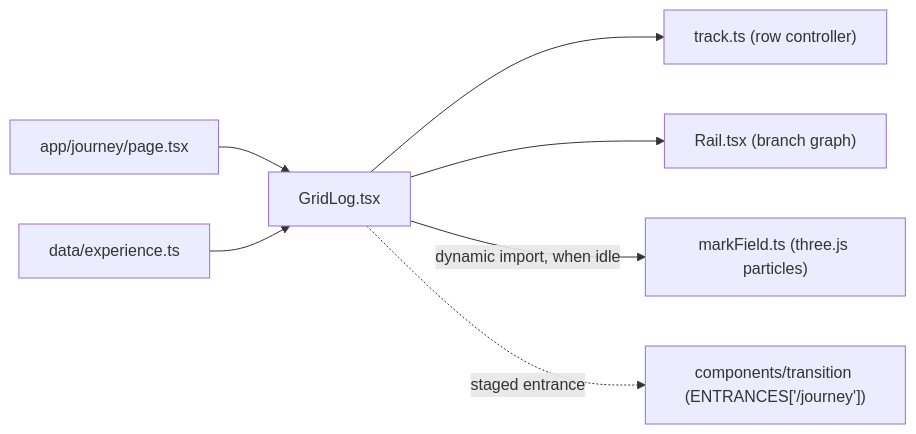
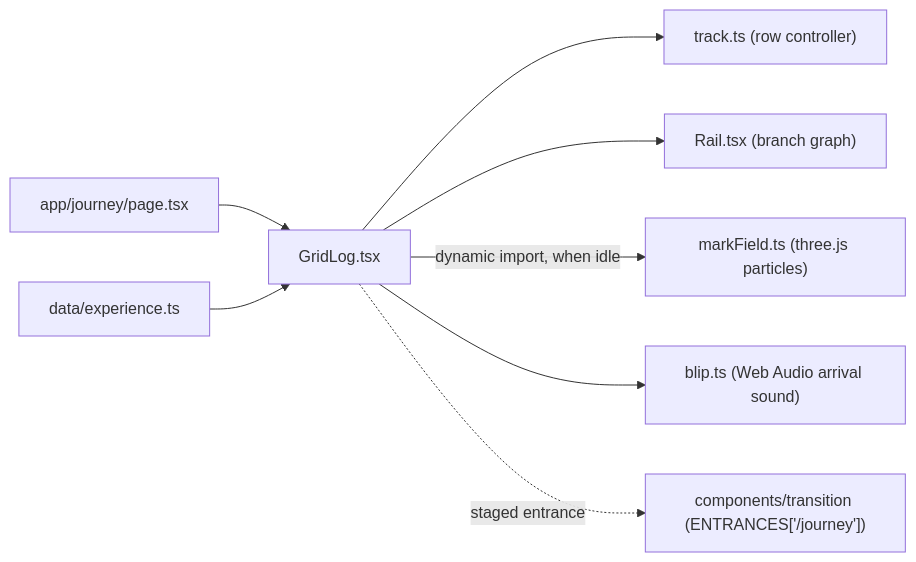
Before and after one commit to noowxela/portfolio: the diagram in docs/pages/journey-gridlog.md, drawn with Mermaid. The commit also changed other lines of this file and 11 other files, not shown here.

Commit message:
journey: drop command bar, top-anchored cyan years, MMU/Auronex/Oasis/Trinergy rail with trailing HEAD dots, arrival blip + sound toggle

````diff
--- a/docs/pages/journey-gridlog.md
+++ b/docs/pages/journey-gridlog.md
@@ -7,9 +7,10 @@
 ```mermaid
 flowchart LR
   page[app/journey/page.tsx] --> gridlog[GridLog.tsx]
   data[data/experience.ts] --> gridlog
   gridlog --> track["track.ts (row controller)"]
   gridlog --> rail["Rail.tsx (branch graph)"]
   gridlog -->|dynamic import, when idle| field["markField.ts (three.js particles)"]
+  gridlog --> blip["blip.ts (Web Audio arrival sound)"]
   gridlog -.->|staged entrance| transition["components/transition (ENTRANCES['/journey'])"]
 ```
````
